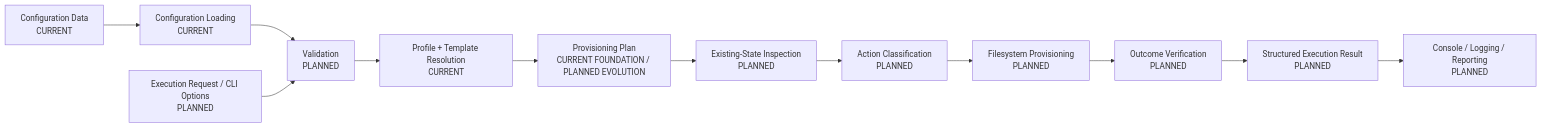
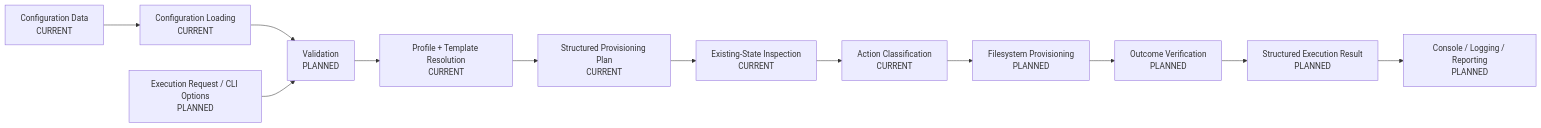
The ninth of 15 diagrams in Documentation/Diagrams/DATA_FLOW_DIAGRAM.md (ChrisLThompson/CareerOS.Bootstrap), drawn with Mermaid before and after one commit. The commit also changed other lines of this file and 15 other files, not shown here.

Commit message:
docs: synchronize m4 provisioning plan documentation

````diff
--- a/Documentation/Diagrams/DATA_FLOW_DIAGRAM.md
+++ b/Documentation/Diagrams/DATA_FLOW_DIAGRAM.md
@@ -304,31 +308,31 @@
 ```mermaid
 flowchart LR
     Config["Configuration Data<br/>CURRENT"]
     Request["Execution Request / CLI Options<br/>PLANNED"]
 
     Load["Configuration Loading<br/>CURRENT"]
     Validate["Validation<br/>PLANNED"]
     Resolve["Profile + Template Resolution<br/>CURRENT"]
-    Plan["Provisioning Plan<br/>CURRENT FOUNDATION / PLANNED EVOLUTION"]
+    Plan["Structured Provisioning Plan<br/>CURRENT"]
 
-    Inspect["Existing-State Inspection<br/>PLANNED"]
-    Classify["Action Classification<br/>PLANNED"]
+    Inspect["Existing-State Inspection<br/>CURRENT"]
+    Classify["Action Classification<br/>CURRENT"]
     Execute["Filesystem Provisioning<br/>PLANNED"]
     Verify["Outcome Verification<br/>PLANNED"]
     Result["Structured Execution Result<br/>PLANNED"]
     Report["Console / Logging / Reporting<br/>PLANNED"]
 
     Config --> Load
     Load --> Validate
     Request --> Validate
 
     Validate --> Resolve
     Resolve --> Plan
 
     Plan --> Inspect
     Inspect --> Classify
     Classify --> Execute
     Execute --> Verify
     Verify --> Result
     Result --> Report
 ```
````
